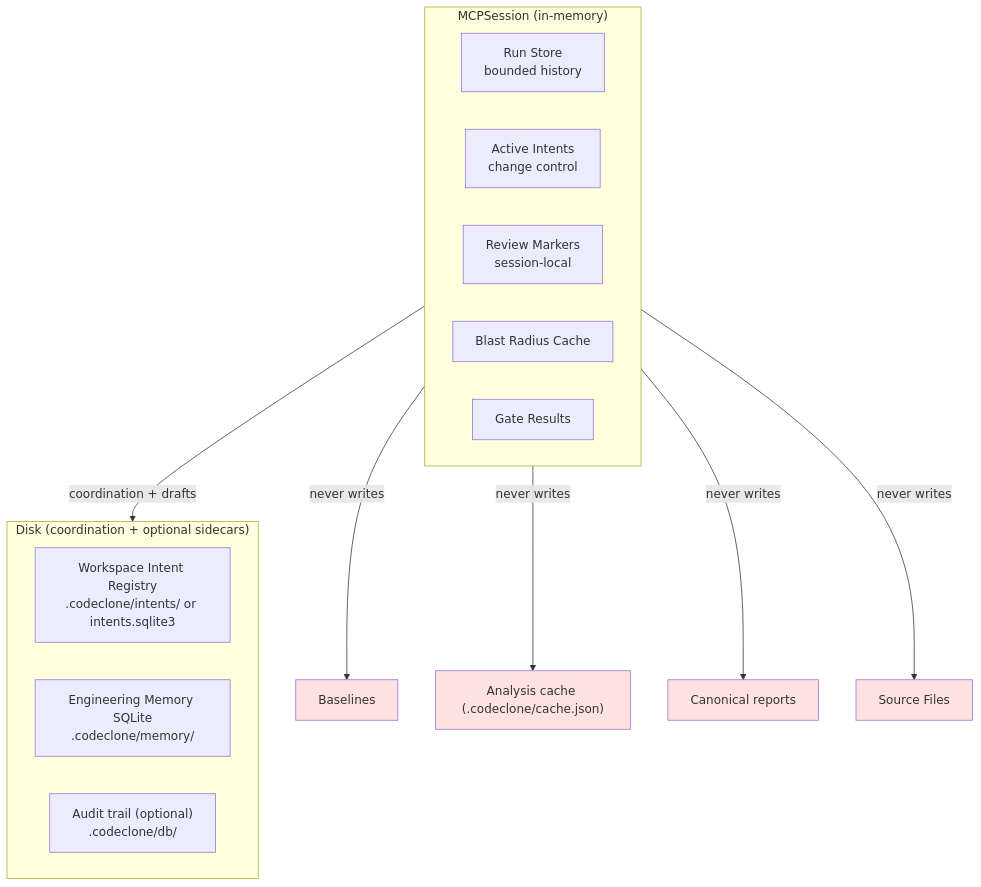
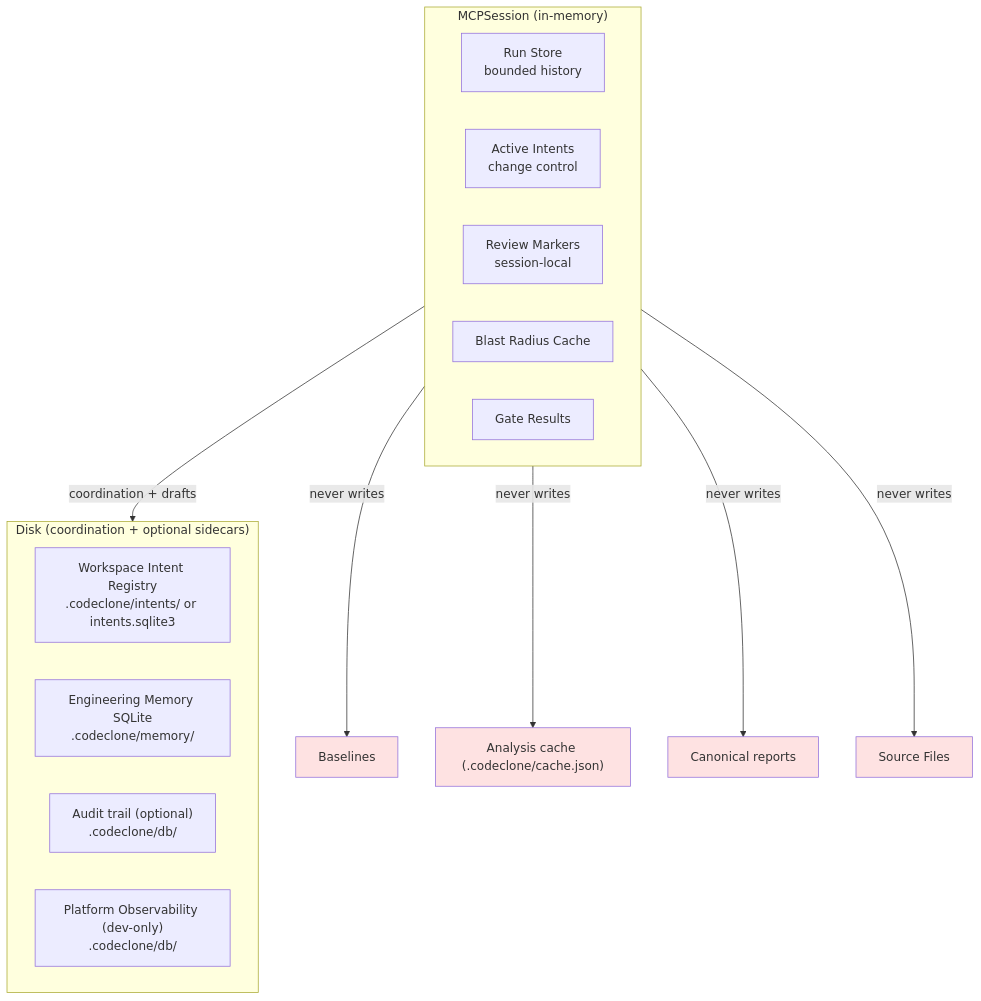
The second of 3 diagrams in docs/guide/mcp/architecture.md (orenlab/codeclone), drawn with Mermaid before and after one commit. The commit also changed other lines of this file and 29 other files, not shown here.

````diff
--- a/docs/guide/mcp/architecture.md
+++ b/docs/guide/mcp/architecture.md
@@ -25,26 +25,27 @@
 ```mermaid
 graph TD
     subgraph MCPSession["MCPSession (in-memory)"]
         RS[Run Store<br/>bounded history]
         AI[Active Intents<br/>change control]
         RM[Review Markers<br/>session-local]
         BRC[Blast Radius Cache]
         GR[Gate Results]
     end
 
     subgraph Disk["Disk (coordination + optional sidecars)"]
         WIR["Workspace Intent Registry<br/>.codeclone/intents/ or intents.sqlite3"]
         MEM["Engineering Memory SQLite<br/>.codeclone/memory/"]
         AUD["Audit trail (optional)<br/>.codeclone/db/"]
+        OBS["Platform Observability (dev-only)<br/>.codeclone/db/"]
     end
 
     MCPSession -->|" coordination + drafts "| Disk
     MCPSession -->|" never writes "| BL[Baselines]
     MCPSession -->|" never writes "| CA["Analysis cache (.codeclone/cache.json)"]
     MCPSession -->|" never writes "| RP[Canonical reports]
     MCPSession -->|" never writes "| SC[Source Files]
     style BL fill: #fee2e2
     style CA fill: #fee2e2
     style RP fill: #fee2e2
     style SC fill: #fee2e2
 ```
````
